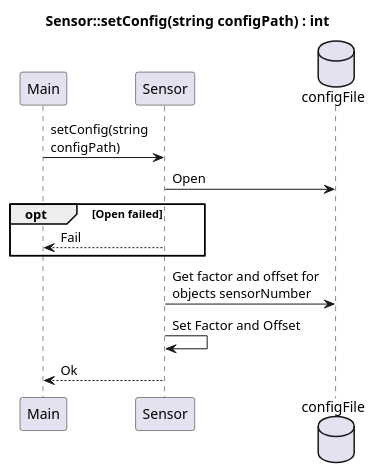
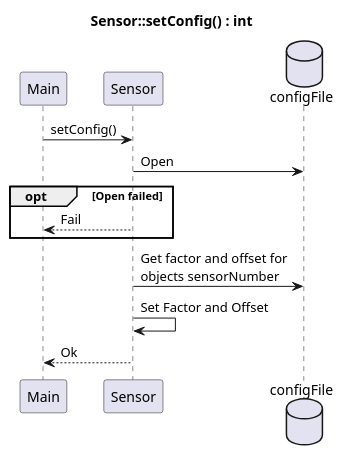
The diagram in Design/SE/SensorController Driver/SD_setConfig.puml (Solvgraa-mager/E4PRJ4), drawn with PlantUML before and after one commit. The commit also changed 55 other files, not shown here.

Commit message:
Sensor Controller impl og test

```diff
--- a/Design/SE/SensorController Driver/SD_setConfig.puml
+++ b/Design/SE/SensorController Driver/SD_setConfig.puml
@@ -1,23 +1,23 @@
-@startuml
+@startuml SD_SensorControllerDriverSetConfig
 
-title Sensor::setConfig(string configPath) : int
+title Sensor::setConfig() : int
 
 skinparam MaxMessageSize 150
 
 participant Main as Main
 participant Sensor as SD
 database configFile as config
 
-Main -> SD : setConfig(string configPath)
+Main -> SD : setConfig()
 SD -> config : Open
 opt Open failed
 SD --> Main : Fail
 end
 SD -> config : Get factor and offset for objects sensorNumber
 SD -> SD : Set Factor and Offset
 SD --> Main : Ok
 
 
 
 
 @enduml
```
